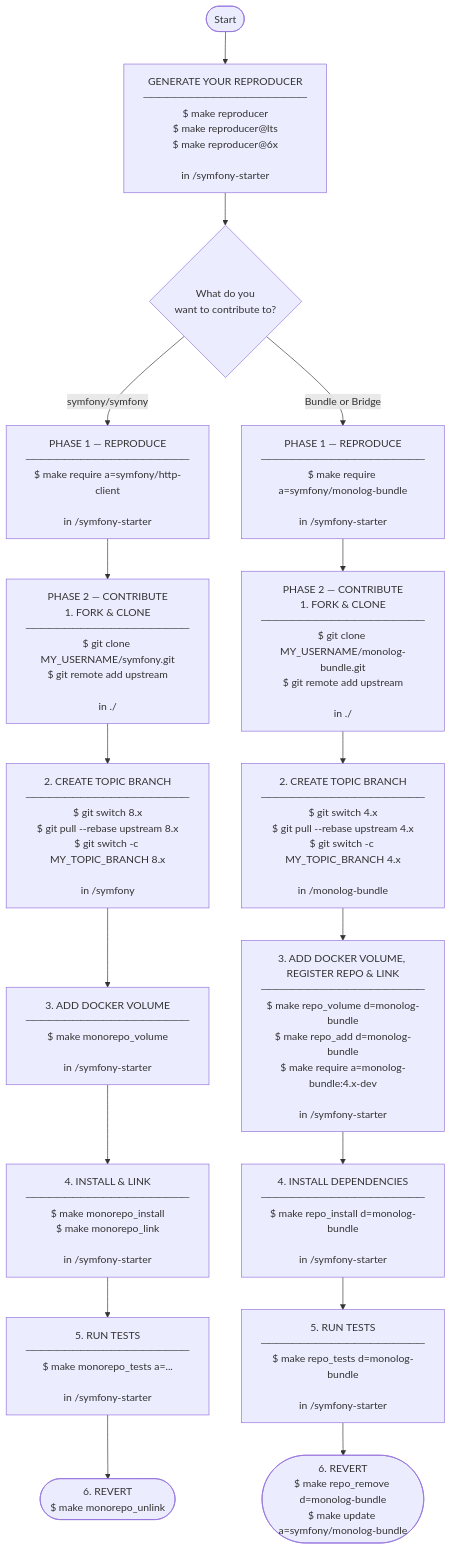
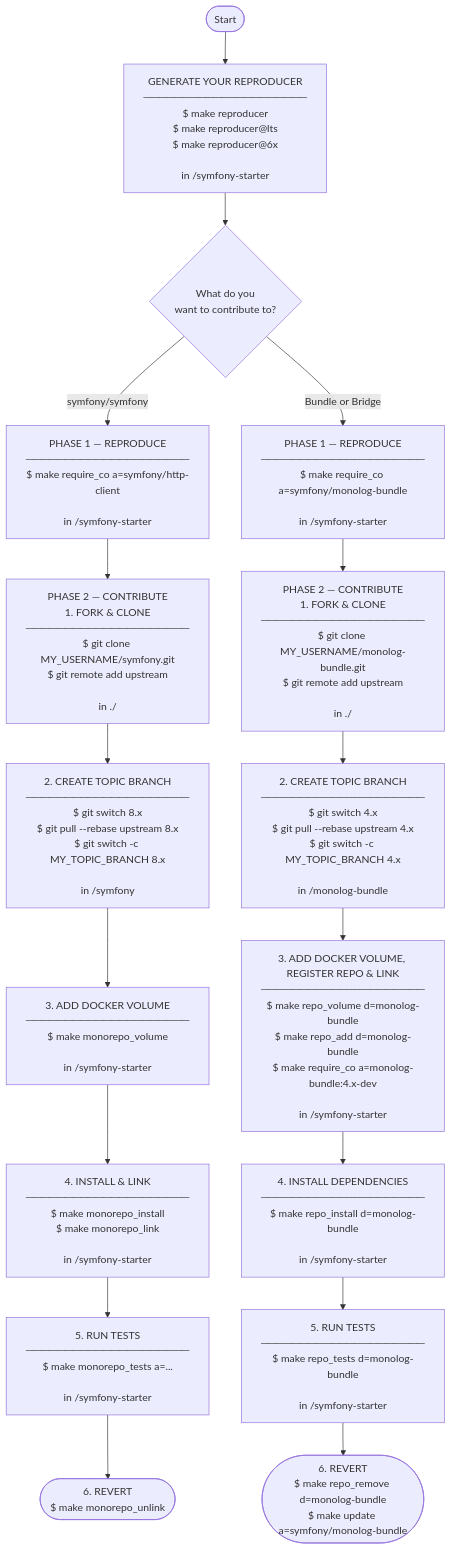
One commit to jprivet-dev/symfony-starter changed the diagram in .starter/docs/contrib.md. Above: the diagram before and after it, drawn with Mermaid. The commit also changed other lines of this file and 2 other files, not shown here.

Commit message:
feat(generate.mk): create require_co command & update docs

````diff
--- a/.starter/docs/contrib.md
+++ b/.starter/docs/contrib.md
@@ -259,24 +256,24 @@
 ```mermaid
 flowchart TD
   START([Start]) --> REPRODUCER
   REPRODUCER["GENERATE YOUR REPRODUCER\n─────────────────────\n$ make reproducer\n$ make reproducer@lts\n$ make reproducer@6x\n\nin /symfony-starter"]
   REPRODUCER --> CHOICE{What do you\nwant to contribute to?}
   CHOICE -->|symfony/symfony| MP1
   CHOICE -->|Bundle or Bridge| BP1
 %% ── MONOREPO WORKFLOW ──────────────────────────────────────
-  MP1["PHASE 1 — REPRODUCE\n─────────────────────\n$ make require a=symfony/http-client\n\nin /symfony-starter"]
+  MP1["PHASE 1 — REPRODUCE\n─────────────────────\n$ make require_co a=symfony/http-client\n\nin /symfony-starter"]
   MP1 --> MP2["PHASE 2 — CONTRIBUTE\n1. FORK & CLONE\n─────────────────────\n$ git clone MY_USERNAME/symfony.git\n$ git remote add upstream\n\nin ./"]
   MP2 --> M2["2. CREATE TOPIC BRANCH\n─────────────────────\n$ git switch 8.x\n$ git pull --rebase upstream 8.x\n$ git switch -c MY_TOPIC_BRANCH 8.x\n\nin /symfony"]
   M2 --> M3["3. ADD DOCKER VOLUME\n─────────────────────\n$ make monorepo_volume\n\nin /symfony-starter"]
   M3 --> M4["4. INSTALL & LINK\n─────────────────────\n$ make monorepo_install\n$ make monorepo_link\n\nin /symfony-starter"]
   M4 --> M5["5. RUN TESTS\n─────────────────────\n$ make monorepo_tests a=...\n\nin /symfony-starter"]
   M5 --> M6(["6. REVERT\n$ make monorepo_unlink"])
 %% ── BUNDLE WORKFLOW ────────────────────────────────────────
-  BP1["PHASE 1 — REPRODUCE\n─────────────────────\n$ make require a=symfony/monolog-bundle\n\nin /symfony-starter"]
+  BP1["PHASE 1 — REPRODUCE\n─────────────────────\n$ make require_co a=symfony/monolog-bundle\n\nin /symfony-starter"]
   BP1 --> BP2["PHASE 2 — CONTRIBUTE\n1. FORK & CLONE\n─────────────────────\n$ git clone MY_USERNAME/monolog-bundle.git\n$ git remote add upstream\n\nin ./"]
   BP2 --> B2["2. CREATE TOPIC BRANCH\n─────────────────────\n$ git switch 4.x\n$ git pull --rebase upstream 4.x\n$ git switch -c MY_TOPIC_BRANCH 4.x\n\nin /monolog-bundle"]
-  B2 --> B3["3. ADD DOCKER VOLUME, REGISTER REPO & LINK\n─────────────────────\n$ make repo_volume d=monolog-bundle\n$ make repo_add d=monolog-bundle\n$ make require a=monolog-bundle:4.x-dev\n\nin /symfony-starter"]
+  B2 --> B3["3. ADD DOCKER VOLUME, REGISTER REPO & LINK\n─────────────────────\n$ make repo_volume d=monolog-bundle\n$ make repo_add d=monolog-bundle\n$ make require_co a=monolog-bundle:4.x-dev\n\nin /symfony-starter"]
   B3 --> B4["4. INSTALL DEPENDENCIES\n─────────────────────\n$ make repo_install d=monolog-bundle\n\nin /symfony-starter"]
   B4 --> B5["5. RUN TESTS\n─────────────────────\n$ make repo_tests d=monolog-bundle\n\nin /symfony-starter"]
   B5 --> B6(["6. REVERT\n$ make repo_remove d=monolog-bundle\n$ make update a=symfony/monolog-bundle"])
 ```
````
